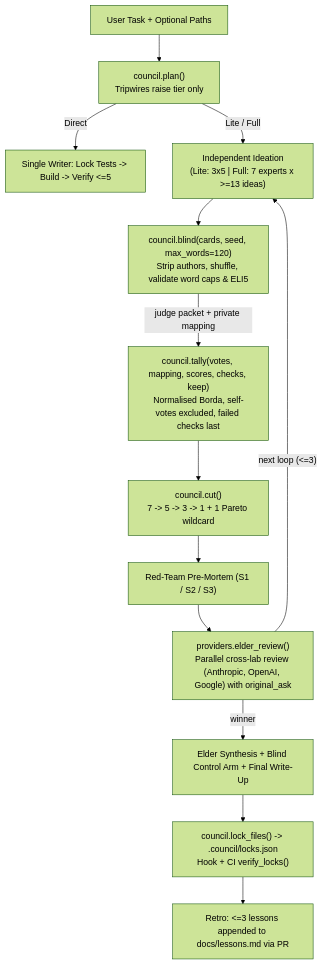
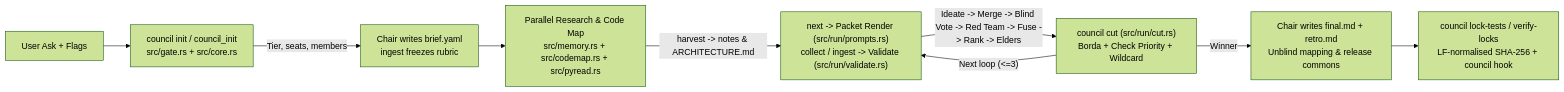
One commit to Set0ri/council-loop changed the diagram in dataflow.md. Above: the diagram before and after it, drawn with Mermaid (forest theme). The commit also changed other lines of this file and 180 other files, not shown here.

Commit message:
feat: update council-loop to v0.4.0 (Rust binary, 23-tool MCP, hook, mapper, and memory)

````diff
--- a/dataflow.md
+++ b/dataflow.md
@@ -23,15 +22,11 @@
 ```mermaid
-flowchart TD
-  Ask["User Task + Optional Paths"] --> Gate["council.plan()<br/>Tripwires raise tier only"]
-  Gate -->|"Direct"| BuildDirect["Single Writer: Lock Tests -> Build -> Verify <=5"]
-  Gate -->|"Lite / Full"| Ideate["Independent Ideation<br/>(Lite: 3x5 | Full: 7 experts x >=13 ideas)"]
-  Ideate --> Blind["council.blind(cards, seed, max_words=120)<br/>Strip authors, shuffle, validate word caps & ELI5"]
-  Blind -->|"judge packet + private mapping"| Tally["council.tally(votes, mapping, scores, checks, keep)<br/>Normalised Borda, self-votes excluded, failed checks last"]
-  Tally --> Cut["council.cut()<br/>7 -> 5 -> 3 -> 1 + 1 Pareto wildcard"]
-  Cut --> RedTeam["Red-Team Pre-Mortem (S1 / S2 / S3)"]
-  RedTeam --> Elders["providers.elder_review()<br/>Parallel cross-lab review (Anthropic, OpenAI, Google) with original_ask"]
-  Elders -->|"next loop (<=3)"| Ideate
-  Elders -->|"winner"| Final["Elder Synthesis + Blind Control Arm + Final Write-Up"]
-  Final --> LockBuild["council.lock_files() -> .council/locks.json<br/>Hook + CI verify_locks()"]
-  LockBuild --> Retro["Retro: <=3 lessons appended to docs/lessons.md via PR"]
+flowchart LR
+  Ask["User Ask + Flags"] --> Init["council init / council_init<br/>src/gate.rs + src/core.rs"]
+  Init -->|"Tier, seats, members"| Brief["Chair writes brief.yaml<br/>ingest freezes rubric"]
+  Brief --> Support["Parallel Research & Code Map<br/>src/memory.rs + src/codemap.rs + src/pyread.rs"]
+  Support -->|"harvest -> notes & ARCHITECTURE.md"| LoopStart["next -> Packet Render (src/run/prompts.rs)<br/>collect / ingest -> Validate (src/run/validate.rs)"]
+  LoopStart -->|"Ideate -> Merge -> Blind Vote -> Red Team -> Fuse -> Rank -> Elders"| Cut["council cut (src/run/cut.rs)<br/>Borda + Check Priority + Wildcard"]
+  Cut -->|"Next loop (<=3)"| LoopStart
+  Cut -->|"Winner"| Final["Chair writes final.md + retro.md<br/>Unblind mapping & release commons"]
+  Final --> Locks["council lock-tests / verify-locks<br/>LF-normalised SHA-256 + council hook"]
 ```
````
